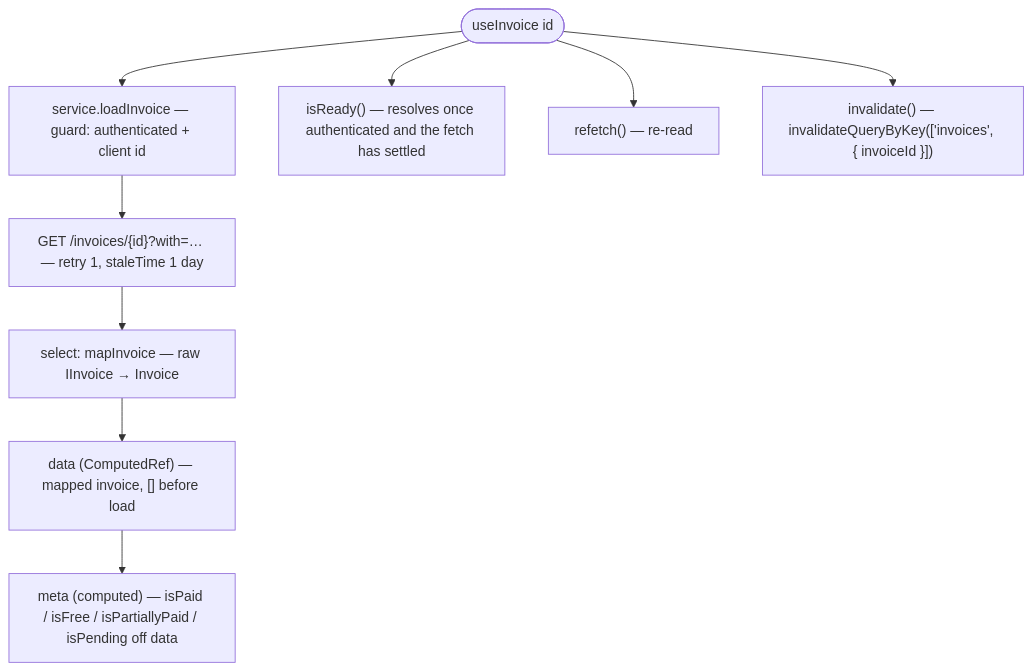
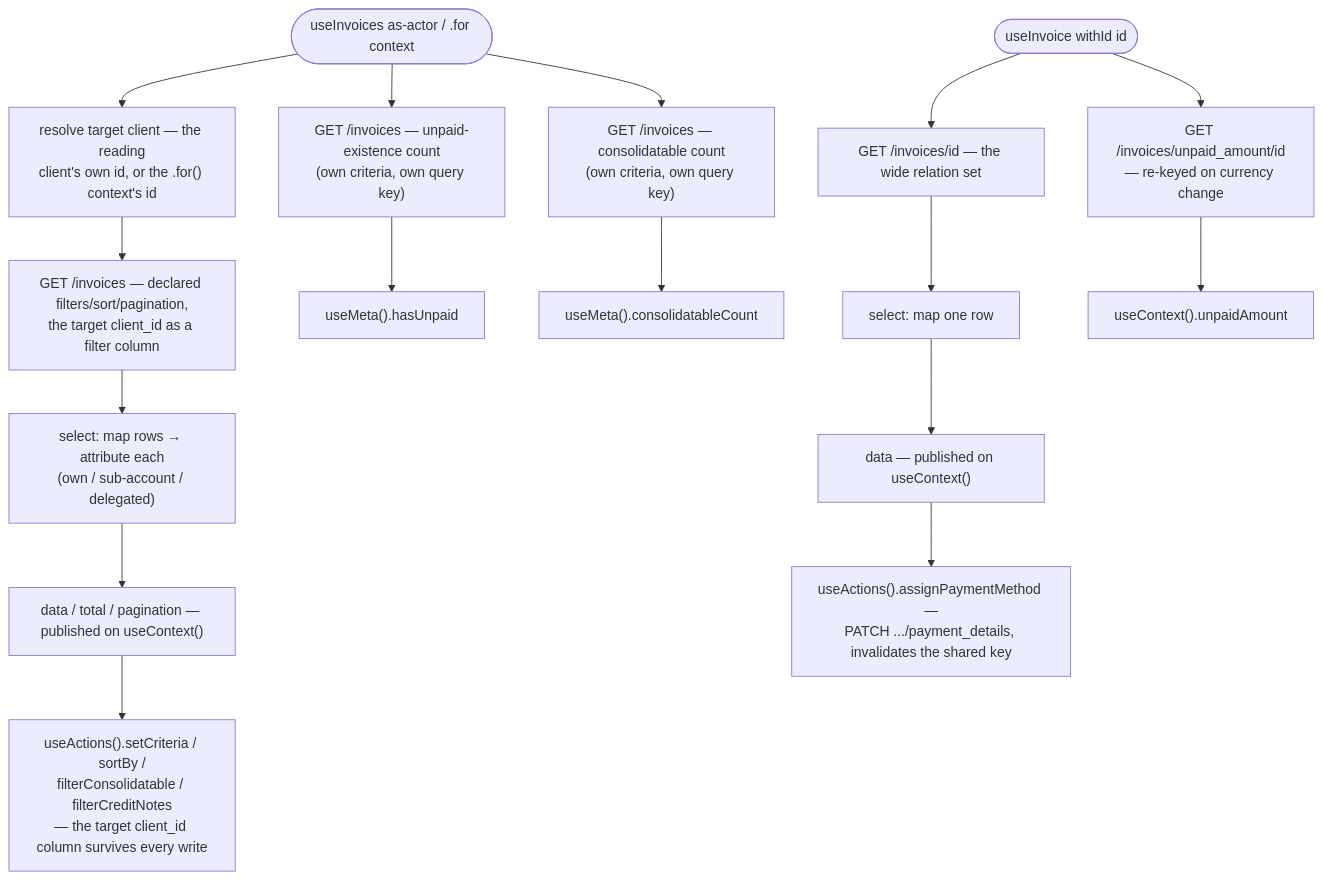
Before and after one commit to upmind/upmind-ui: the diagram in packages/headless/src/modules/invoices/docs/architecture.md, drawn with Mermaid. The commit also changed other lines of this file and 8 other files, not shown here.

````diff
--- a/packages/headless/src/modules/invoices/docs/architecture.md
+++ b/packages/headless/src/modules/invoices/docs/architecture.md
@@ -12,11 +11,20 @@
 ```mermaid
 flowchart TD
-    A([useInvoice id]) --> B["service.loadInvoice — guard: authenticated + client id"]
-    B --> C["GET /invoices/{id}?with=… — retry 1, staleTime 1 day"]
-    C --> D["select: mapInvoice — raw IInvoice → Invoice"]
-    D --> E["data (ComputedRef) — mapped invoice, [] before load"]
-    E --> F["meta (computed) — isPaid / isFree / isPartiallyPaid / isPending off data"]
-    A --> G["isReady() — resolves once authenticated and the fetch has settled"]
-    A --> H["refetch() — re-read"]
-    A --> I["invalidate() — invalidateQueryByKey(['invoices', { invoiceId }])"]
+    A([useInvoices as-actor / .for context]) --> B["resolve target client — the reading<br/>client's own id, or the .for() context's id"]
+    B --> C["GET /invoices — declared filters/sort/pagination,<br/>the target client_id as a filter column"]
+    C --> D["select: map rows → attribute each<br/>(own / sub-account / delegated)"]
+    D --> E["data / total / pagination — published on useContext()"]
+    A --> F["GET /invoices — unpaid-existence count<br/>(own criteria, own query key)"]
+    A --> G["GET /invoices — consolidatable count<br/>(own criteria, own query key)"]
+    F --> H["useMeta().hasUnpaid"]
+    G --> I["useMeta().consolidatableCount"]
+
+    J([useInvoice withId id]) --> K["GET /invoices/id — the wide relation set"]
+    K --> L["select: map one row"]
+    L --> M["data — published on useContext()"]
+    J --> N["GET /invoices/unpaid_amount/id<br/>— re-keyed on currency change"]
+    N --> O["useContext().unpaidAmount"]
+
+    E --> P["useActions().setCriteria / sortBy /<br/>filterConsolidatable / filterCreditNotes<br/>— the target client_id column survives every write"]
+    M --> Q["useActions().assignPaymentMethod —<br/>PATCH .../payment_details, invalidates the shared key"]
 ```
````
